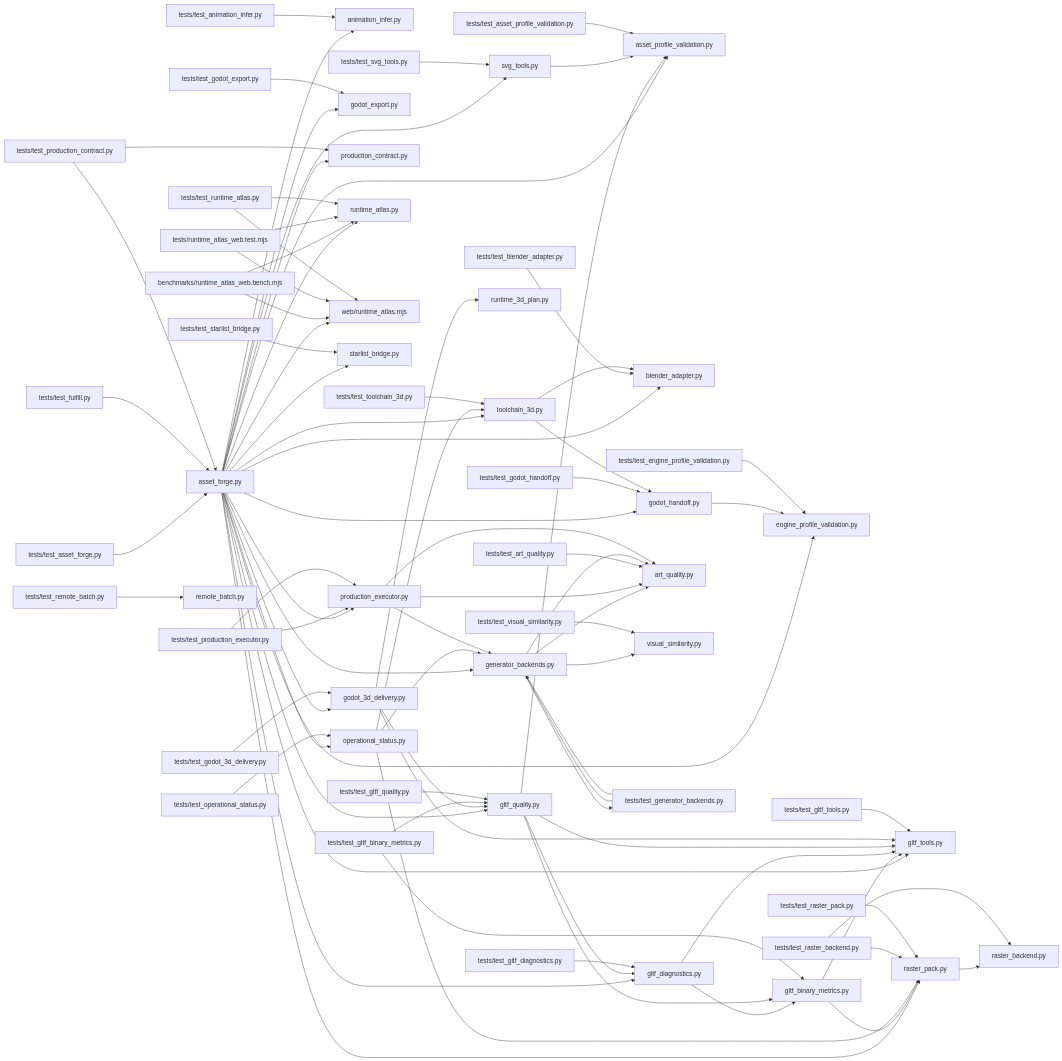
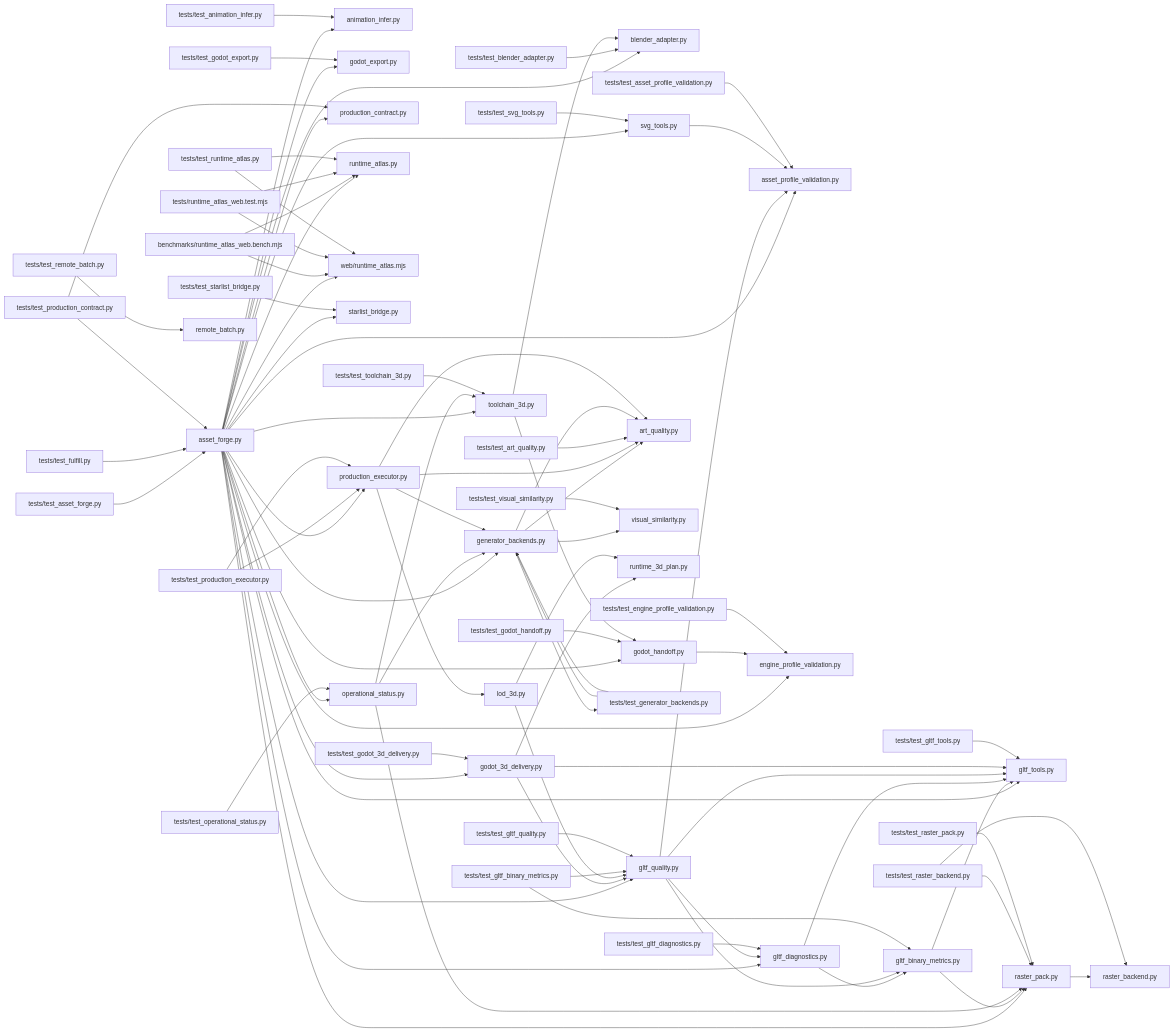
One commit to dbrckk/asset-forge changed the diagram in .ai/brain/architecture.mmd. Above: the diagram before and after it, drawn with Mermaid. The commit also changed 71 other files, not shown here.

```diff
--- a/.ai/brain/architecture.mmd
+++ b/.ai/brain/architecture.mmd
@@ -1,83 +1,86 @@
 flowchart LR
   nf6aaebdb60["asset_forge.py"] --> na6af60504f["animation_infer.py"]
   nf6aaebdb60["asset_forge.py"] --> n0b538ad53a["asset_profile_validation.py"]
   nf6aaebdb60["asset_forge.py"] --> n53f8241bed["blender_adapter.py"]
   nf6aaebdb60["asset_forge.py"] --> n6c970becb0["engine_profile_validation.py"]
   nf6aaebdb60["asset_forge.py"] --> n628d7e8336["generator_backends.py"]
   nf6aaebdb60["asset_forge.py"] --> n75933d141d["gltf_diagnostics.py"]
   nf6aaebdb60["asset_forge.py"] --> n40671eb73f["gltf_quality.py"]
   nf6aaebdb60["asset_forge.py"] --> n603af8be95["gltf_tools.py"]
   nf6aaebdb60["asset_forge.py"] --> n19f6cc30a2["godot_3d_delivery.py"]
   nf6aaebdb60["asset_forge.py"] --> nf513c6f74a["godot_export.py"]
   nf6aaebdb60["asset_forge.py"] --> n4ac24c4308["godot_handoff.py"]
   nf6aaebdb60["asset_forge.py"] --> n8e6c2af7cd["operational_status.py"]
   nf6aaebdb60["asset_forge.py"] --> n053badf172["production_contract.py"]
   nf6aaebdb60["asset_forge.py"] --> nd2e1f874ab["production_executor.py"]
   nf6aaebdb60["asset_forge.py"] --> n812f5d6cd8["raster_pack.py"]
   nf6aaebdb60["asset_forge.py"] --> n5b9c1dbfe7["runtime_atlas.py"]
   nf6aaebdb60["asset_forge.py"] --> nbf71796fb5["web/runtime_atlas.mjs"]
   nf6aaebdb60["asset_forge.py"] --> n60f2773fae["starlist_bridge.py"]
   nf6aaebdb60["asset_forge.py"] --> nd1a9eb18f4["svg_tools.py"]
   nf6aaebdb60["asset_forge.py"] --> n9f52789201["toolchain_3d.py"]
   nf1083f5ce7["benchmarks/runtime_atlas_web.bench.mjs"] --> n5b9c1dbfe7["runtime_atlas.py"]
   nf1083f5ce7["benchmarks/runtime_atlas_web.bench.mjs"] --> nbf71796fb5["web/runtime_atlas.mjs"]
   n628d7e8336["generator_backends.py"] --> n8d2c947be9["art_quality.py"]
   n628d7e8336["generator_backends.py"] --> n138016621f["visual_similarity.py"]
   nf2ad6ffaad["gltf_binary_metrics.py"] --> n603af8be95["gltf_tools.py"]
   nf2ad6ffaad["gltf_binary_metrics.py"] --> n812f5d6cd8["raster_pack.py"]
   n75933d141d["gltf_diagnostics.py"] --> nf2ad6ffaad["gltf_binary_metrics.py"]
   n75933d141d["gltf_diagnostics.py"] --> n603af8be95["gltf_tools.py"]
   n40671eb73f["gltf_quality.py"] --> n0b538ad53a["asset_profile_validation.py"]
   n40671eb73f["gltf_quality.py"] --> nf2ad6ffaad["gltf_binary_metrics.py"]
   n40671eb73f["gltf_quality.py"] --> n75933d141d["gltf_diagnostics.py"]
   n40671eb73f["gltf_quality.py"] --> n603af8be95["gltf_tools.py"]
   n19f6cc30a2["godot_3d_delivery.py"] --> n40671eb73f["gltf_quality.py"]
   n19f6cc30a2["godot_3d_delivery.py"] --> n603af8be95["gltf_tools.py"]
   n19f6cc30a2["godot_3d_delivery.py"] --> n380cc2f323["runtime_3d_plan.py"]
   n4ac24c4308["godot_handoff.py"] --> n6c970becb0["engine_profile_validation.py"]
+  n717921bc3d["lod_3d.py"] --> n40671eb73f["gltf_quality.py"]
+  n717921bc3d["lod_3d.py"] --> n380cc2f323["runtime_3d_plan.py"]
   n8e6c2af7cd["operational_status.py"] --> n628d7e8336["generator_backends.py"]
   n8e6c2af7cd["operational_status.py"] --> n812f5d6cd8["raster_pack.py"]
   n8e6c2af7cd["operational_status.py"] --> n9f52789201["toolchain_3d.py"]
   nd2e1f874ab["production_executor.py"] --> n8d2c947be9["art_quality.py"]
   nd2e1f874ab["production_executor.py"] --> n628d7e8336["generator_backends.py"]
   n812f5d6cd8["raster_pack.py"] --> n1f573e1b00["raster_backend.py"]
   nd1a9eb18f4["svg_tools.py"] --> n0b538ad53a["asset_profile_validation.py"]
   n6d6a7f3f5f["tests/runtime_atlas_web.test.mjs"] --> n5b9c1dbfe7["runtime_atlas.py"]
   n6d6a7f3f5f["tests/runtime_atlas_web.test.mjs"] --> nbf71796fb5["web/runtime_atlas.mjs"]
   ndd9a4fb45c["tests/test_animation_infer.py"] --> na6af60504f["animation_infer.py"]
   nd3b6d2e9bf["tests/test_art_quality.py"] --> n8d2c947be9["art_quality.py"]
   na7d4387d3f["tests/test_asset_forge.py"] --> nf6aaebdb60["asset_forge.py"]
   necd522caf1["tests/test_asset_profile_validation.py"] --> n0b538ad53a["asset_profile_validation.py"]
   n0b5e01c792["tests/test_blender_adapter.py"] --> n53f8241bed["blender_adapter.py"]
   n69f8299d4b["tests/test_engine_profile_validation.py"] --> n6c970becb0["engine_profile_validation.py"]
   n8020ce18e3["tests/test_fulfill.py"] --> nf6aaebdb60["asset_forge.py"]
   n3669c12588["tests/test_generator_backends.py"] --> n628d7e8336["generator_backends.py"]
   nd70a422de4["tests/test_gltf_binary_metrics.py"] --> nf2ad6ffaad["gltf_binary_metrics.py"]
   nd70a422de4["tests/test_gltf_binary_metrics.py"] --> n40671eb73f["gltf_quality.py"]
   nfb115d84b9["tests/test_gltf_diagnostics.py"] --> n75933d141d["gltf_diagnostics.py"]
   n9879eb7c58["tests/test_gltf_quality.py"] --> n40671eb73f["gltf_quality.py"]
   nbe4b566f23["tests/test_gltf_tools.py"] --> n603af8be95["gltf_tools.py"]
   n5132dff4b4["tests/test_godot_3d_delivery.py"] --> n19f6cc30a2["godot_3d_delivery.py"]
   n765e2032dc["tests/test_godot_export.py"] --> nf513c6f74a["godot_export.py"]
   n796d12e7ad["tests/test_godot_handoff.py"] --> n4ac24c4308["godot_handoff.py"]
   nae44096017["tests/test_operational_status.py"] --> n8e6c2af7cd["operational_status.py"]
   n2bf208ea95["tests/test_production_contract.py"] --> nf6aaebdb60["asset_forge.py"]
   n2bf208ea95["tests/test_production_contract.py"] --> n053badf172["production_contract.py"]
   n7bb7caee30["tests/test_production_executor.py"] --> nd2e1f874ab["production_executor.py"]
   nfa190699df["tests/test_raster_backend.py"] --> n1f573e1b00["raster_backend.py"]
   nfa190699df["tests/test_raster_backend.py"] --> n812f5d6cd8["raster_pack.py"]
   nacd4f64dad["tests/test_raster_pack.py"] --> n812f5d6cd8["raster_pack.py"]
   ncdb28658b5["tests/test_remote_batch.py"] --> nfa0ff63ea9["remote_batch.py"]
   n648bc622f8["tests/test_runtime_atlas.py"] --> n5b9c1dbfe7["runtime_atlas.py"]
   n648bc622f8["tests/test_runtime_atlas.py"] --> nbf71796fb5["web/runtime_atlas.mjs"]
   n741d12fac4["tests/test_starlist_bridge.py"] --> n60f2773fae["starlist_bridge.py"]
   n9799642b7e["tests/test_svg_tools.py"] --> nd1a9eb18f4["svg_tools.py"]
   n67da2e7cde["tests/test_toolchain_3d.py"] --> n9f52789201["toolchain_3d.py"]
   nb1c19216ea["tests/test_visual_similarity.py"] --> n138016621f["visual_similarity.py"]
   n9f52789201["toolchain_3d.py"] --> n53f8241bed["blender_adapter.py"]
   n9f52789201["toolchain_3d.py"] --> n4ac24c4308["godot_handoff.py"]
   n628d7e8336["generator_backends.py"] --> n8d2c947be9["art_quality.py"]
   nd2e1f874ab["production_executor.py"] --> n8d2c947be9["art_quality.py"]
   n3669c12588["tests/test_generator_backends.py"] --> n628d7e8336["generator_backends.py"]
+  nd2e1f874ab["production_executor.py"] --> n717921bc3d["lod_3d.py"]
   n7bb7caee30["tests/test_production_executor.py"] --> nd2e1f874ab["production_executor.py"]
   n628d7e8336["generator_backends.py"] --> n3669c12588["tests/test_generator_backends.py"]
```
